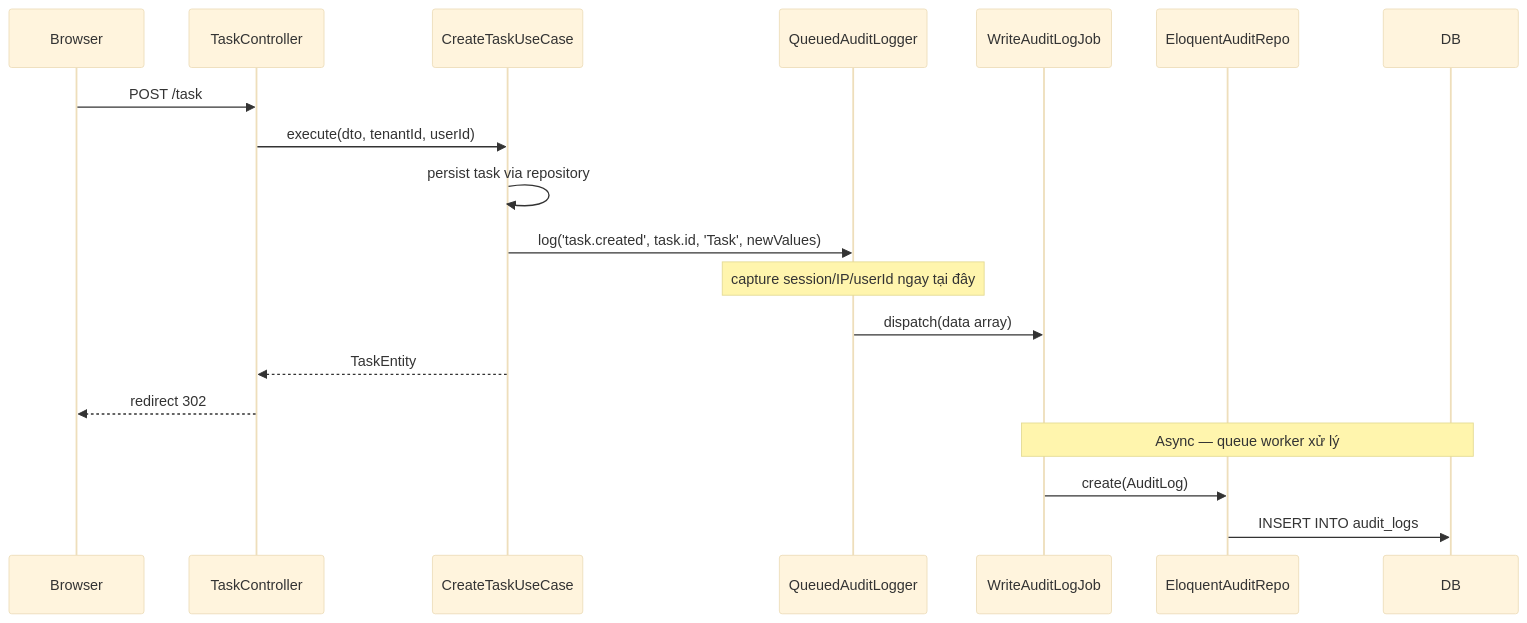
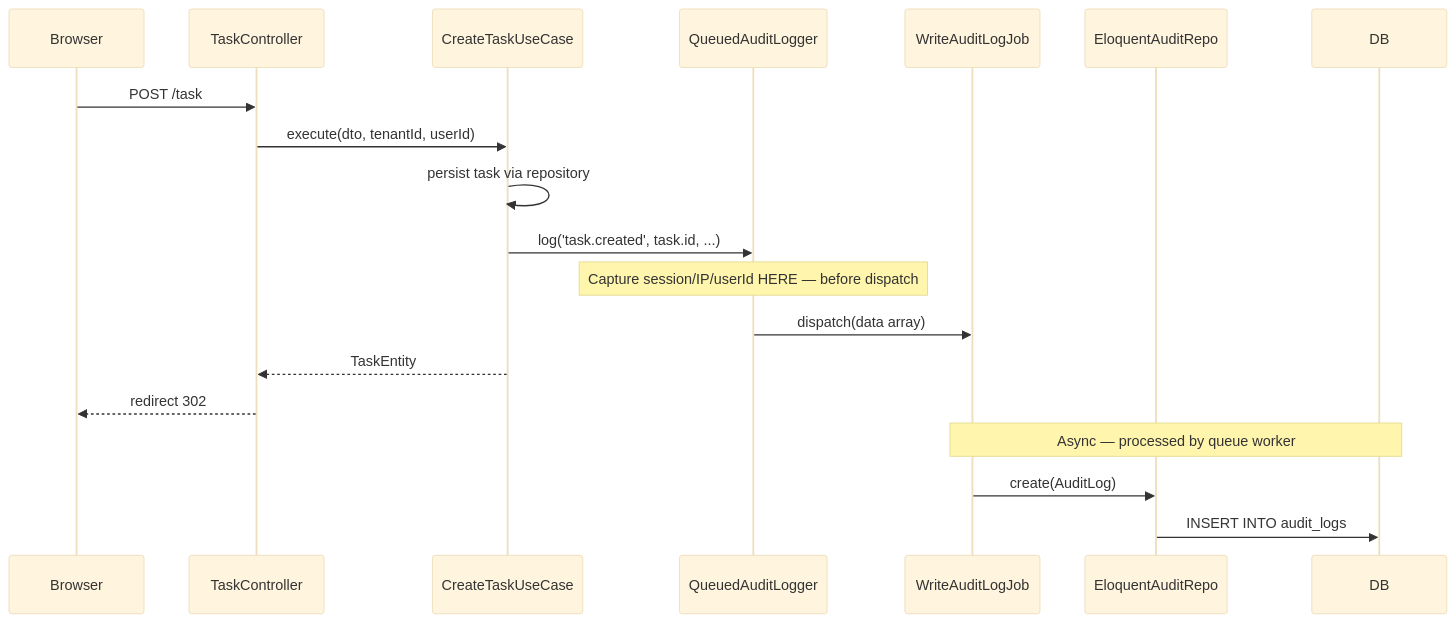
One commit to mypham773734/sass-dashboard-tenant-project changed the fourth of 6 diagrams in docs/product/AUDIT_SYSTEM/02-ARCHITECTURE.md. Above: the diagram before and after it, drawn with Mermaid (base theme). The commit also changed other lines of this file and 38 other files, not shown here.

````diff
--- a/docs/product/AUDIT_SYSTEM/02-ARCHITECTURE.md
+++ b/docs/product/AUDIT_SYSTEM/02-ARCHITECTURE.md
@@ -153,24 +131,24 @@
 ```mermaid
 sequenceDiagram
     participant Browser
     participant TaskController
     participant CreateTaskUseCase
     participant QueuedAuditLogger
     participant WriteAuditLogJob
     participant EloquentAuditRepo
     participant DB
 
     Browser->>TaskController: POST /task
     TaskController->>CreateTaskUseCase: execute(dto, tenantId, userId)
     CreateTaskUseCase->>CreateTaskUseCase: persist task via repository
-    CreateTaskUseCase->>QueuedAuditLogger: log('task.created', task.id, 'Task', newValues)
-    Note over QueuedAuditLogger: capture session/IP/userId ngay tại đây
+    CreateTaskUseCase->>QueuedAuditLogger: log('task.created', task.id, ...)
+    Note over QueuedAuditLogger: Capture session/IP/userId HERE — before dispatch
     QueuedAuditLogger->>WriteAuditLogJob: dispatch(data array)
     CreateTaskUseCase-->>TaskController: TaskEntity
     TaskController-->>Browser: redirect 302
 
-    Note over WriteAuditLogJob,DB: Async — queue worker xử lý
+    Note over WriteAuditLogJob,DB: Async — processed by queue worker
 
     WriteAuditLogJob->>EloquentAuditRepo: create(AuditLog)
     EloquentAuditRepo->>DB: INSERT INTO audit_logs
 ```
````
